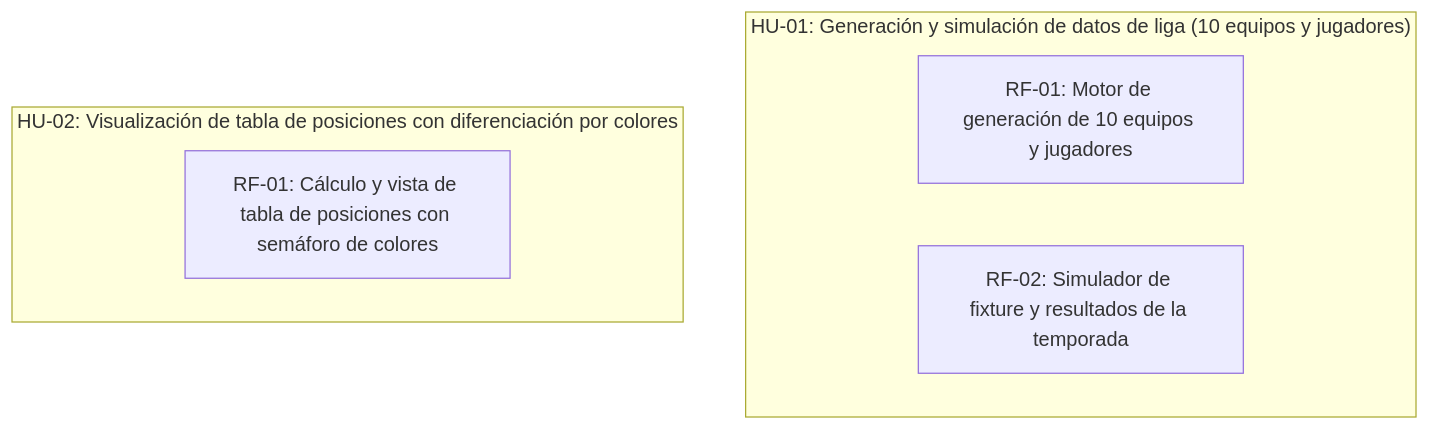
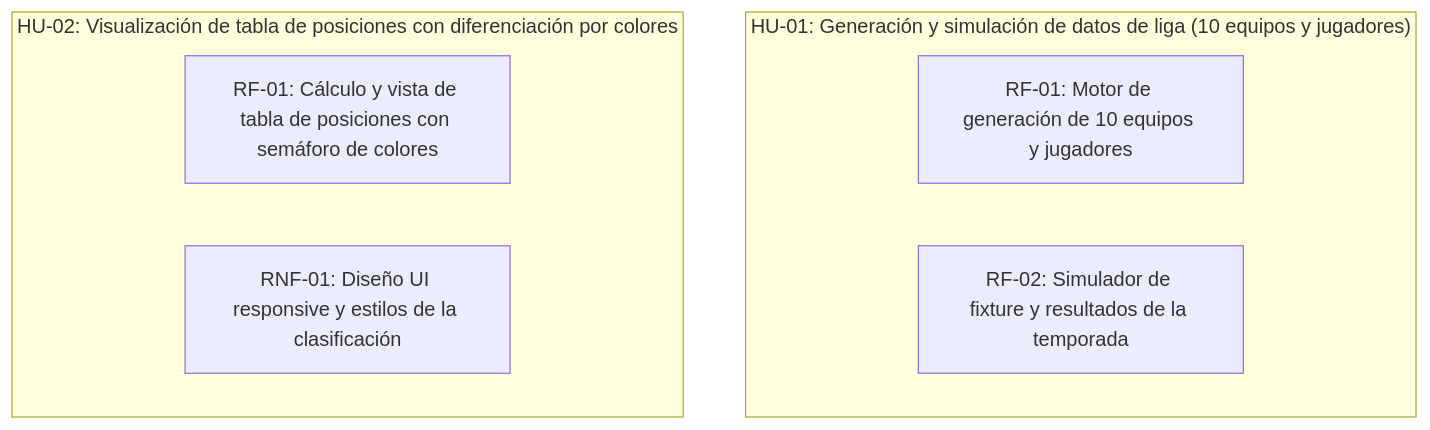
The diagram in scrumDocs/grafo.md (Agustin-PerezR/pruebas), drawn with Mermaid before and after one commit. The commit also changed other lines of this file, not shown here.

````diff
--- a/scrumDocs/grafo.md
+++ b/scrumDocs/grafo.md
@@ -5,10 +5,11 @@
 ```mermaid
 graph TD
   subgraph US_1789500774004["HU-01: Generación y simulación de datos de liga (10 equipos y jugadores)"]
     REQ_1789501307396["RF-01: Motor de generación de 10 equipos y jugadores"]
     REQ_1789501323521["RF-02: Simulador de fixture y resultados de la temporada"]
   end
   subgraph US_1789500801469["HU-02: Visualización de tabla de posiciones con diferenciación por colores"]
     REQ_1789501339015["RF-01: Cálculo y vista de tabla de posiciones con semáforo de colores"]
+    REQ_1789501354292["RNF-01: Diseño UI responsive y estilos de la clasificación"]
   end
 ```
````
